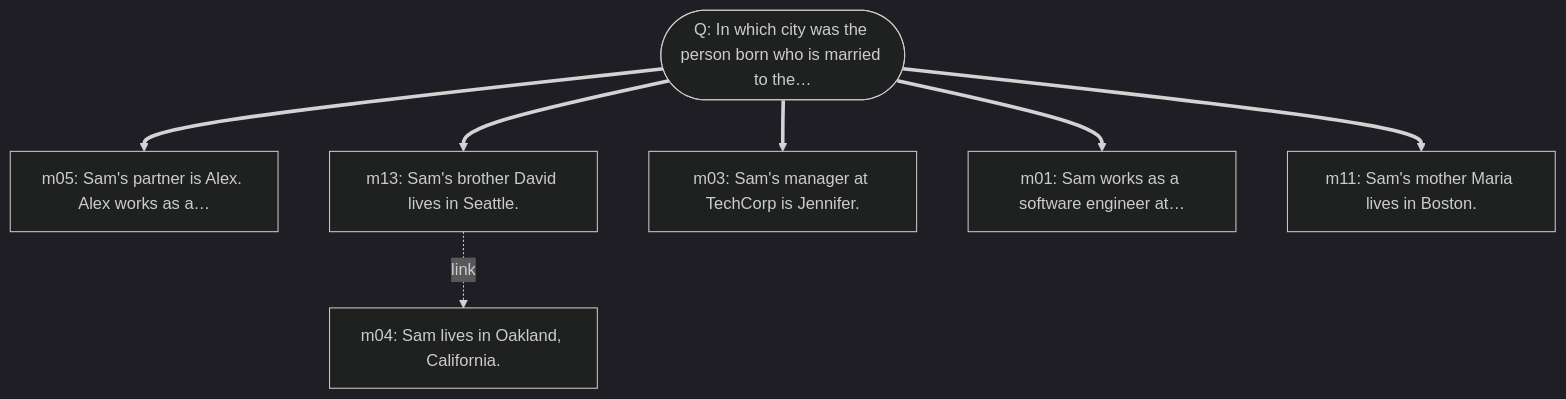
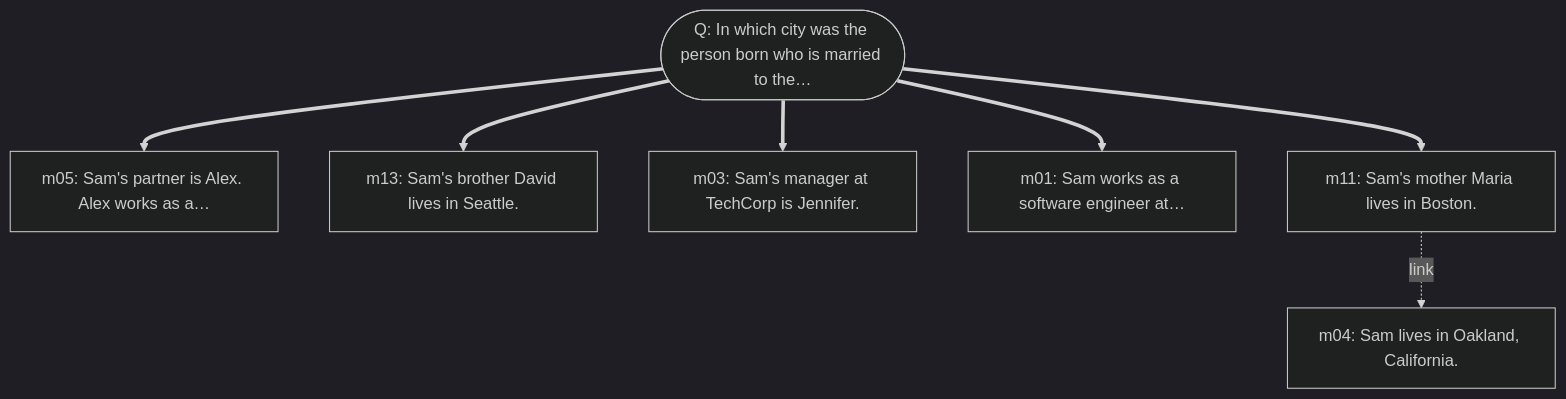
Before and after one commit to pandazxx/a-mem-reproduction: the tenth of 22 diagrams in results/comparison/amem/traces.md, drawn with Mermaid (dark theme). The commit also changed other lines of this file and 64 other files, not shown here.

````diff
--- a/results/comparison/amem/traces.md
+++ b/results/comparison/amem/traces.md
@@ -265,16 +259,16 @@
 ```mermaid
 graph TD
     Q(["Q: In which city was the person born who is married to the…"])
     m05["m05: Sam's partner is Alex. Alex works as a…"]
     Q ==> m05
     m13["m13: Sam's brother David lives in Seattle."]
     Q ==> m13
     m03["m03: Sam's manager at TechCorp is Jennifer."]
     Q ==> m03
     m01["m01: Sam works as a software engineer at…"]
     Q ==> m01
     m11["m11: Sam's mother Maria lives in Boston."]
     Q ==> m11
     m04["m04: Sam lives in Oakland, California."]
-    m13 -.->|link| m04
+    m11 -.->|link| m04
 ```
````
